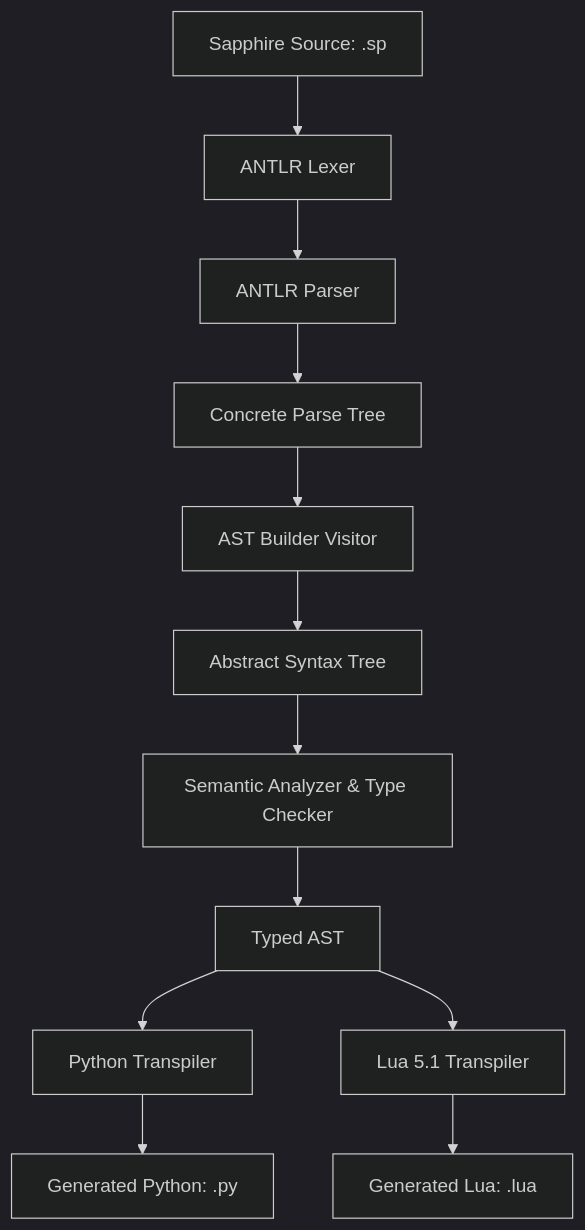
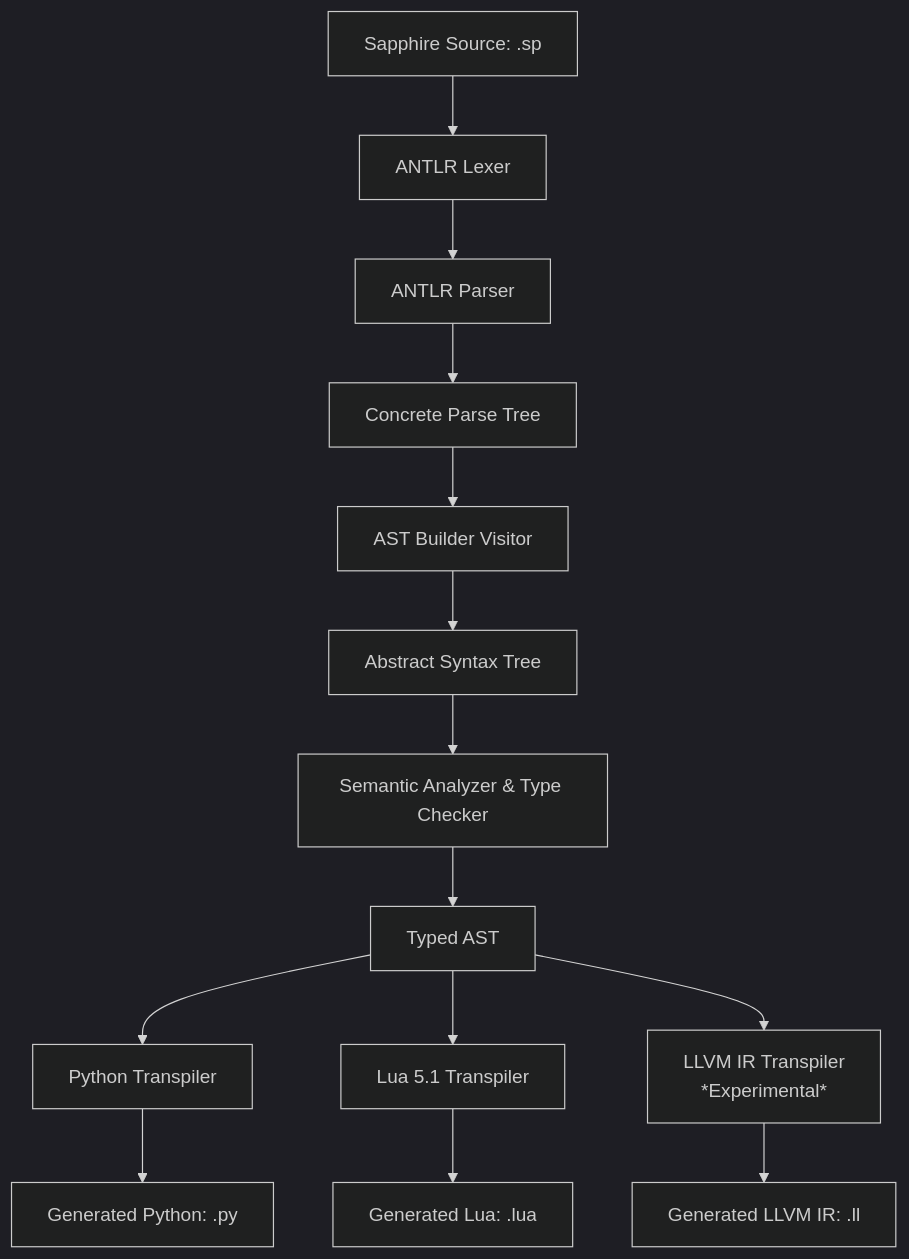
Before and after one commit to zziccardi/sapphire: the diagram in docs/compiler.md, drawn with Mermaid (dark theme). The commit also changed other lines of this file and 1 other file, not shown here.

````diff
--- a/docs/compiler.md
+++ b/docs/compiler.md
@@ -9,14 +9,16 @@
 ```mermaid
 graph TD
     source[Sapphire Source: .sp] --> lexer[ANTLR Lexer]
     lexer --> parser[ANTLR Parser]
     parser --> parse_tree[Concrete Parse Tree]
     parse_tree --> ast_builder[AST Builder Visitor]
     ast_builder --> ast[Abstract Syntax Tree]
     ast --> sema[Semantic Analyzer & Type Checker]
     sema --> checked_ast[Typed AST]
     checked_ast --> codegen_py[Python Transpiler]
     checked_ast --> codegen_lua[Lua 5.1 Transpiler]
+    checked_ast --> codegen_llvm[LLVM IR Transpiler\n*Experimental*]
     codegen_py --> py_source[Generated Python: .py]
     codegen_lua --> lua_source[Generated Lua: .lua]
+    codegen_llvm --> llvm_source[Generated LLVM IR: .ll]
 ```
````
